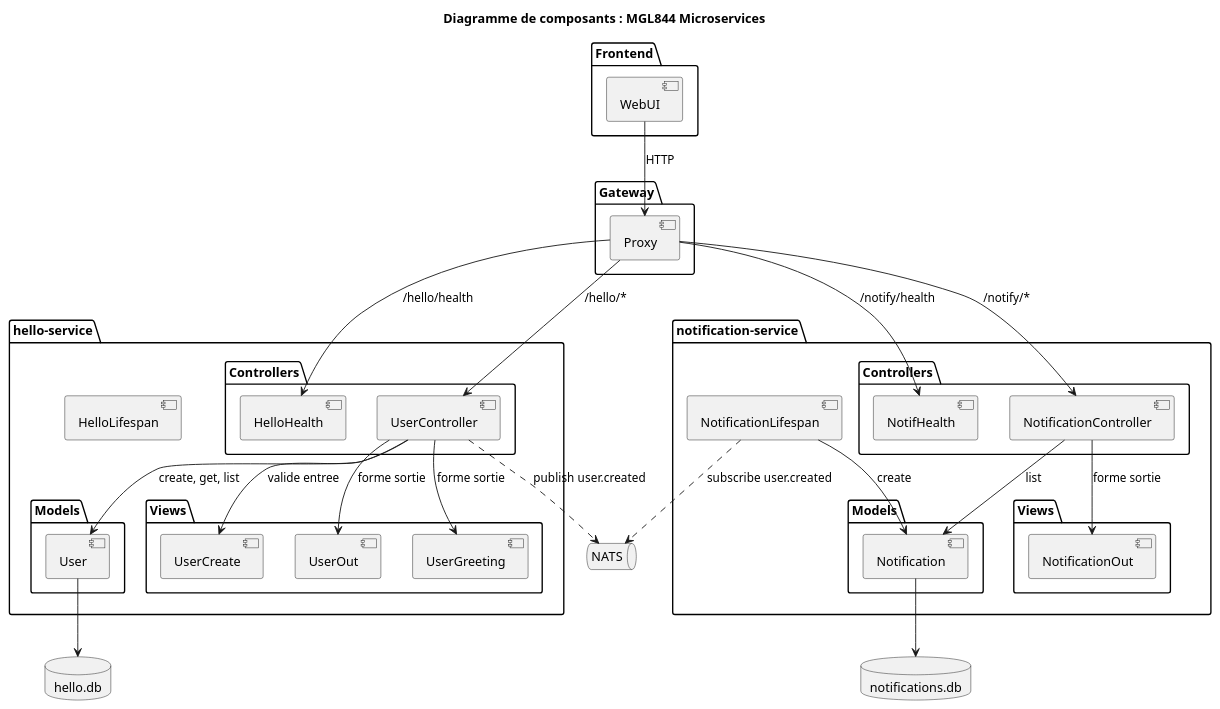
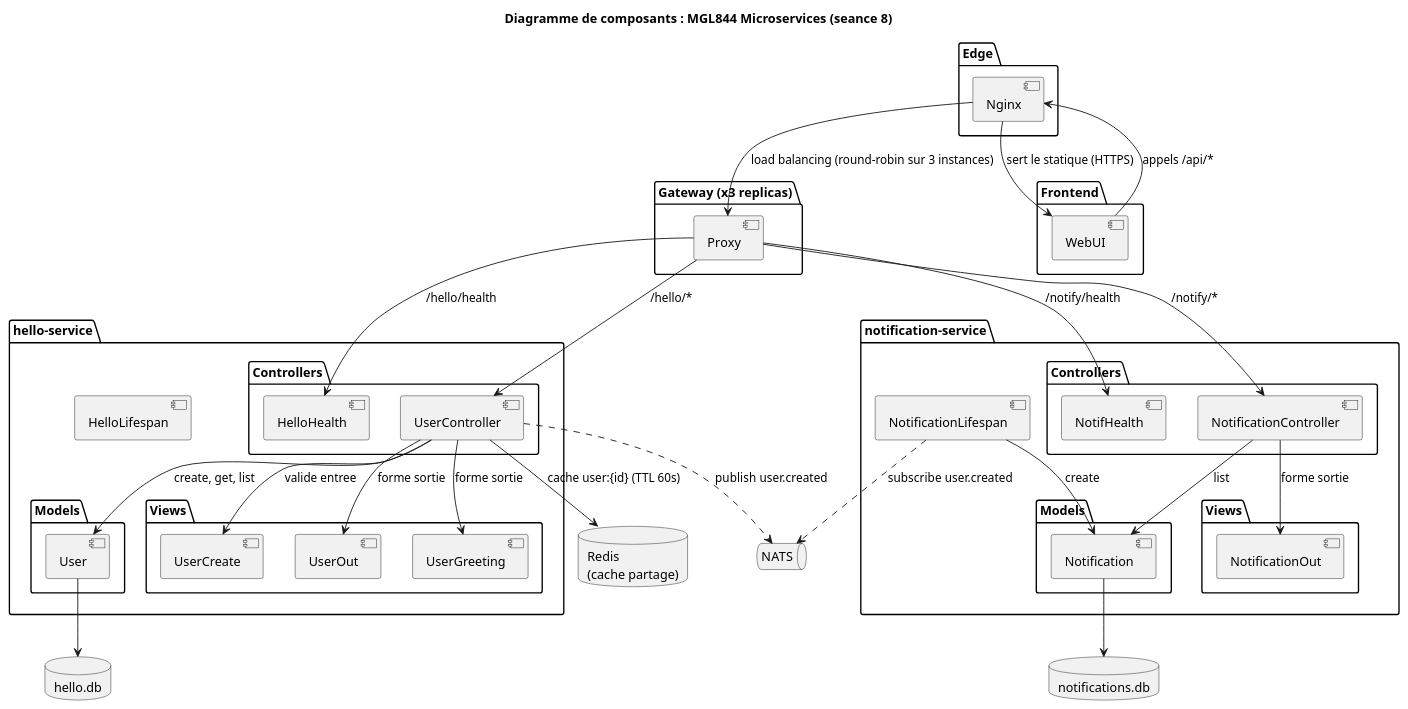
The diagram in doc/component.puml (olry/MGL844-Demo-Microservices), drawn with PlantUML before and after one commit. The commit also changed 1 other file, not shown here.

```diff
--- a/doc/component.puml
+++ b/doc/component.puml
@@ -1,67 +1,76 @@
 @startuml component
-title Diagramme de composants : MGL844 Microservices
+title Diagramme de composants : MGL844 Microservices (seance 8)
+
+package "Edge" {
+    [Nginx]
+}
 
 package "Frontend" {
     [WebUI]
 }
 
-package "Gateway" {
+package "Gateway (x3 replicas)" {
     [Proxy]
 }
 
 package "hello-service" {
     package "Controllers" as HC {
         [HelloHealth]
         [UserController]
     }
     package "Models" as HM {
         [User]
     }
     package "Views" as HV {
         [UserCreate]
         [UserOut]
         [UserGreeting]
     }
     [HelloLifespan]
 }
 
 package "notification-service" {
     package "Controllers" as NC {
         [NotifHealth]
         [NotificationController]
     }
     package "Models" as NM {
         [Notification]
     }
     package "Views" as NV {
         [NotificationOut]
     }
     [NotificationLifespan]
 }
 
 queue "NATS" as NATS
+database "Redis\n(cache partage)" as REDIS
 database "hello.db" as DBH
 database "notifications.db" as DBN
 
-[WebUI] --> [Proxy] : HTTP
+' Nginx est la porte d'entree : il sert le frontend statique et proxifie /api.
+[Nginx] --> [WebUI] : sert le statique (HTTPS)
+[WebUI] --> [Nginx] : appels /api/*
+[Nginx] --> [Proxy] : load balancing (round-robin sur 3 instances)
 
 [Proxy] --> [UserController] : /hello/*
 [Proxy] --> [NotificationController] : /notify/*
 [Proxy] --> [HelloHealth] : /hello/health
 [Proxy] --> [NotifHealth] : /notify/health
 
 [UserController] --> [User] : create, get, list
 [UserController] --> [UserCreate] : valide entree
 [UserController] --> [UserOut] : forme sortie
 [UserController] --> [UserGreeting] : forme sortie
+[UserController] --> REDIS : cache user:{id} (TTL 60s)
 [UserController] ..> NATS : publish user.created
 
 [NotificationLifespan] ..> NATS : subscribe user.created
 [NotificationLifespan] --> [Notification] : create
 [NotificationController] --> [Notification] : list
 [NotificationController] --> [NotificationOut] : forme sortie
 
 [User] --> DBH
 [Notification] --> DBN
 
 @enduml
```
